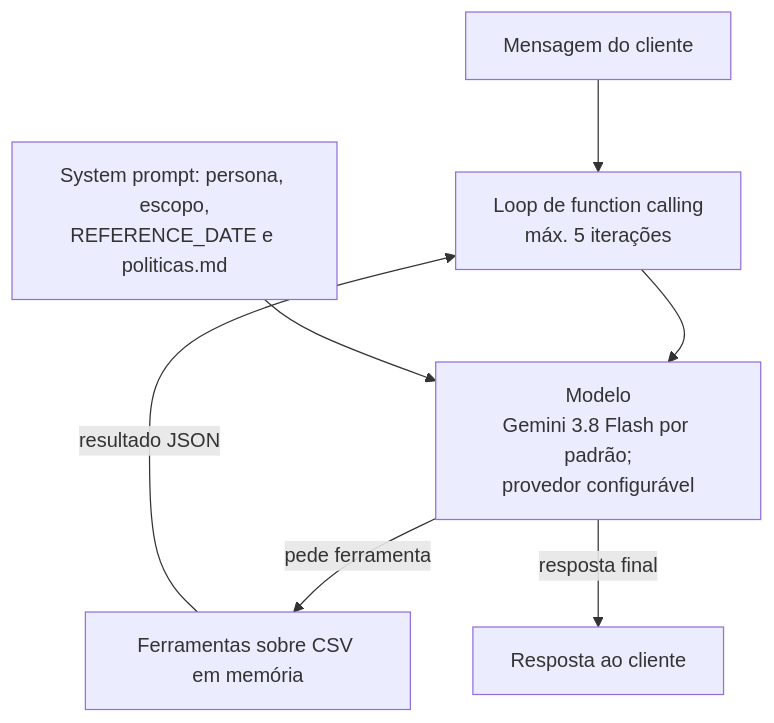
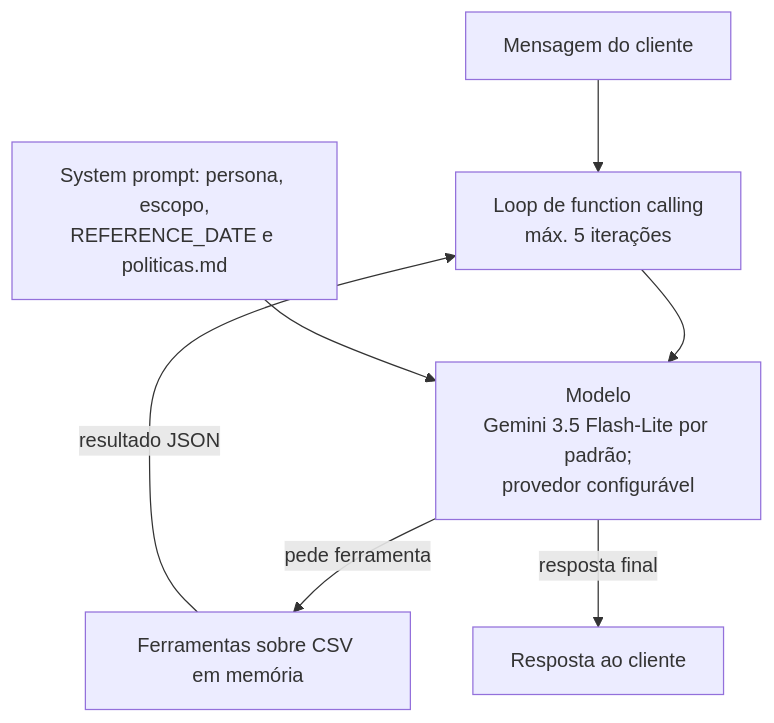
The diagram in README.md (DiegoLCirqueira/emporio-agente), drawn with Mermaid before and after one commit. The commit also changed other lines of this file, not shown here.

Commit message:
docs(readme): modelo padrão Flash-Lite, latência observada, hora calculada e status dos casos-limite

````diff
--- a/README.md
+++ b/README.md
@@ -78,9 +78,9 @@
 ```mermaid
 flowchart TD
   U[Mensagem do cliente] --> L[Loop de function calling<br/>máx. 5 iterações]
-  L --> M[Modelo<br/>Gemini 3.8 Flash por padrão;<br/>provedor configurável]
+  L --> M[Modelo<br/>Gemini 3.5 Flash-Lite por padrão;<br/>provedor configurável]
   P[System prompt: persona, escopo,<br/>REFERENCE_DATE e politicas.md] --> M
   M -->|pede ferramenta| T[Ferramentas sobre CSV em memória]
   T -->|resultado JSON| L
   M -->|resposta final| R[Resposta ao cliente]
 ```
````
